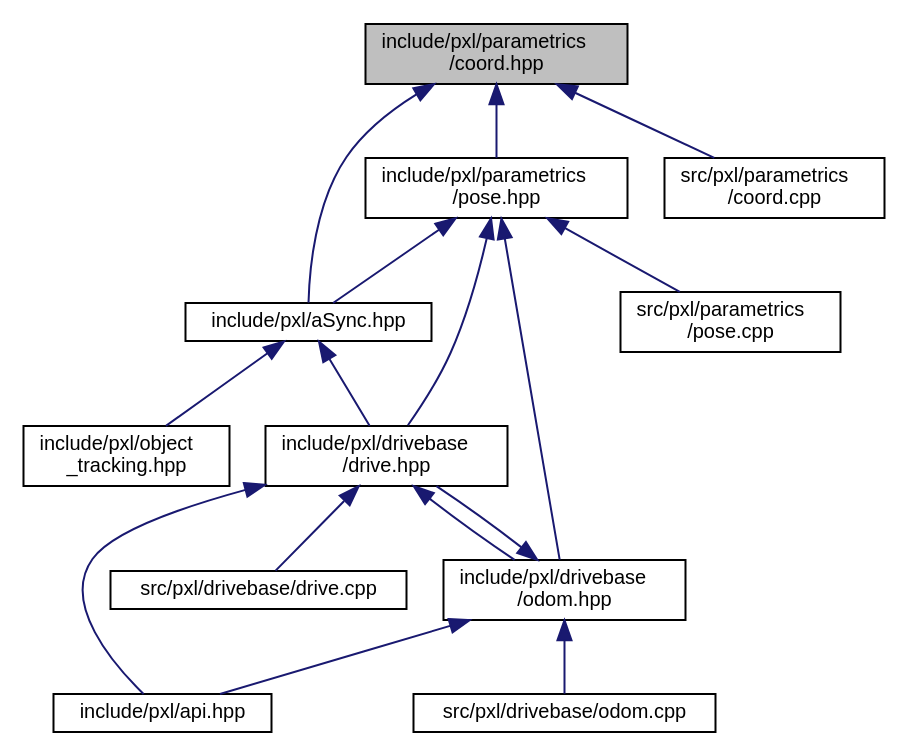
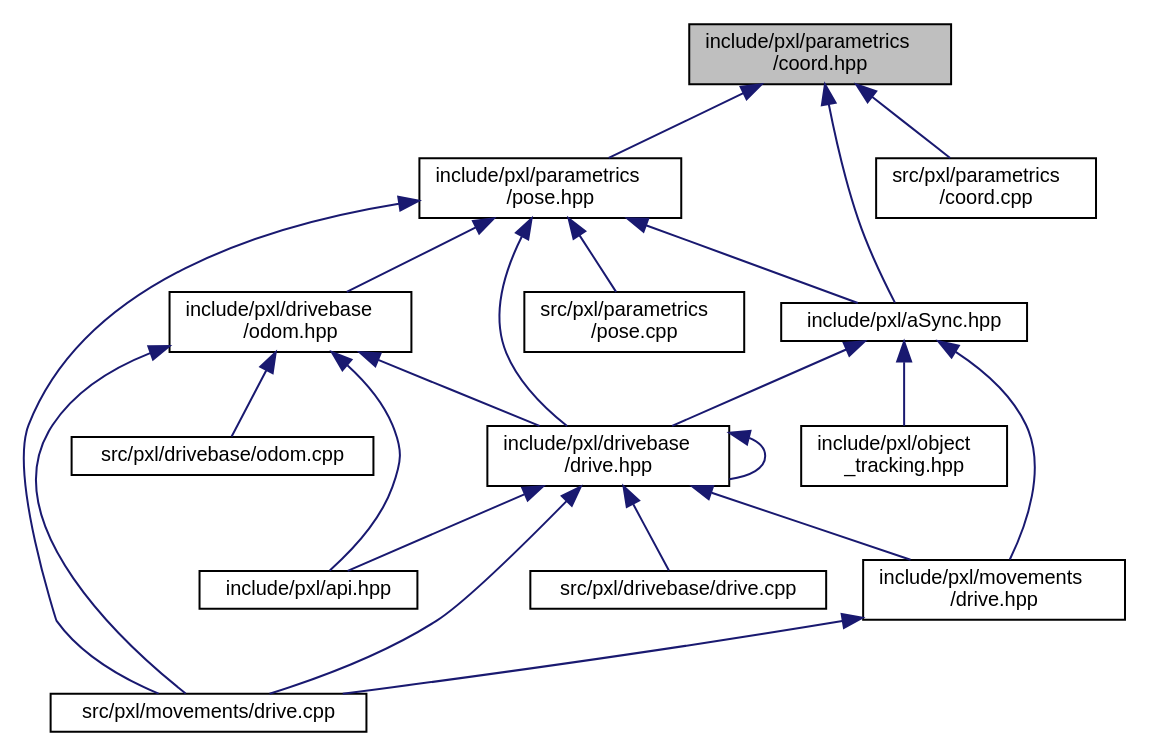
One commit to Pixel-Lib/Pixel changed the diagram in coord_8hpp__dep__incl.dot. Above: the diagram before and after it, drawn with Graphviz. The commit also changed 222 other files, not shown here.

```diff
--- a/coord_8hpp__dep__incl.dot
+++ b/coord_8hpp__dep__incl.dot
@@ -1,32 +1,40 @@
 digraph "include/pxl/parametrics/coord.hpp"
 {
  // LATEX_PDF_SIZE
   edge [fontname="Helvetica",fontsize="10",labelfontname="Helvetica",labelfontsize="10"];
   node [fontname="Helvetica",fontsize="10",shape=record];
   Node1 [label="include/pxl/parametrics\l/coord.hpp",height=0.2,width=0.4,color="black", fillcolor="grey75", style="filled", fontcolor="black",tooltip=" "];
   Node1 -> Node2 [dir="back",color="midnightblue",fontsize="10",style="solid",fontname="Helvetica"];
   Node2 [label="include/pxl/aSync.hpp",height=0.2,width=0.4,color="black", fillcolor="white", style="filled",URL="$aSync_8hpp.html",tooltip=" "];
   Node2 -> Node3 [dir="back",color="midnightblue",fontsize="10",style="solid",fontname="Helvetica"];
-  Node3 [label="include/pxl/drivebase\l/drive.hpp",height=0.2,width=0.4,color="black", fillcolor="white", style="filled",URL="$drive_8hpp.html",tooltip=" "];
+  Node3 [label="include/pxl/drivebase\l/drive.hpp",height=0.2,width=0.4,color="black", fillcolor="white", style="filled",URL="$drivebase_2drive_8hpp.html",tooltip=" "];
   Node3 -> Node4 [dir="back",color="midnightblue",fontsize="10",style="solid",fontname="Helvetica"];
   Node4 [label="include/pxl/api.hpp",height=0.2,width=0.4,color="black", fillcolor="white", style="filled",URL="$api_8hpp.html",tooltip=" "];
+  Node3 -> Node3 [dir="back",color="midnightblue",fontsize="10",style="solid",fontname="Helvetica"];
   Node3 -> Node5 [dir="back",color="midnightblue",fontsize="10",style="solid",fontname="Helvetica"];
-  Node5 [label="include/pxl/drivebase\l/odom.hpp",height=0.2,width=0.4,color="black", fillcolor="white", style="filled",URL="$odom_8hpp.html",tooltip=" "];
-  Node5 -> Node4 [dir="back",color="midnightblue",fontsize="10",style="solid",fontname="Helvetica"];
-  Node5 -> Node3 [dir="back",color="midnightblue",fontsize="10",style="solid",fontname="Helvetica"];
+  Node5 [label="include/pxl/movements\l/drive.hpp",height=0.2,width=0.4,color="black", fillcolor="white", style="filled",URL="$movements_2drive_8hpp.html",tooltip=" "];
   Node5 -> Node6 [dir="back",color="midnightblue",fontsize="10",style="solid",fontname="Helvetica"];
-  Node6 [label="src/pxl/drivebase/odom.cpp",height=0.2,width=0.4,color="black", fillcolor="white", style="filled",URL="$odom_8cpp.html",tooltip=" "];
+  Node6 [label="src/pxl/movements/drive.cpp",height=0.2,width=0.4,color="black", fillcolor="white", style="filled",URL="$movements_2drive_8cpp.html",tooltip=" "];
   Node3 -> Node7 [dir="back",color="midnightblue",fontsize="10",style="solid",fontname="Helvetica"];
-  Node7 [label="src/pxl/drivebase/drive.cpp",height=0.2,width=0.4,color="black", fillcolor="white", style="filled",URL="$drive_8cpp.html",tooltip=" "];
+  Node7 [label="src/pxl/drivebase/drive.cpp",height=0.2,width=0.4,color="black", fillcolor="white", style="filled",URL="$drivebase_2drive_8cpp.html",tooltip=" "];
+  Node3 -> Node6 [dir="back",color="midnightblue",fontsize="10",style="solid",fontname="Helvetica"];
+  Node2 -> Node5 [dir="back",color="midnightblue",fontsize="10",style="solid",fontname="Helvetica"];
   Node2 -> Node8 [dir="back",color="midnightblue",fontsize="10",style="solid",fontname="Helvetica"];
   Node8 [label="include/pxl/object\l_tracking.hpp",height=0.2,width=0.4,color="black", fillcolor="white", style="filled",URL="$object__tracking_8hpp.html",tooltip=" "];
   Node1 -> Node9 [dir="back",color="midnightblue",fontsize="10",style="solid",fontname="Helvetica"];
   Node9 [label="include/pxl/parametrics\l/pose.hpp",height=0.2,width=0.4,color="black", fillcolor="white", style="filled",URL="$pose_8hpp.html",tooltip=" "];
   Node9 -> Node2 [dir="back",color="midnightblue",fontsize="10",style="solid",fontname="Helvetica"];
   Node9 -> Node3 [dir="back",color="midnightblue",fontsize="10",style="solid",fontname="Helvetica"];
-  Node9 -> Node5 [dir="back",color="midnightblue",fontsize="10",style="solid",fontname="Helvetica"];
   Node9 -> Node10 [dir="back",color="midnightblue",fontsize="10",style="solid",fontname="Helvetica"];
-  Node10 [label="src/pxl/parametrics\l/pose.cpp",height=0.2,width=0.4,color="black", fillcolor="white", style="filled",URL="$pose_8cpp.html",tooltip=" "];
-  Node1 -> Node11 [dir="back",color="midnightblue",fontsize="10",style="solid",fontname="Helvetica"];
-  Node11 [label="src/pxl/parametrics\l/coord.cpp",height=0.2,width=0.4,color="black", fillcolor="white", style="filled",URL="$coord_8cpp.html",tooltip=" "];
+  Node10 [label="include/pxl/drivebase\l/odom.hpp",height=0.2,width=0.4,color="black", fillcolor="white", style="filled",URL="$odom_8hpp.html",tooltip=" "];
+  Node10 -> Node4 [dir="back",color="midnightblue",fontsize="10",style="solid",fontname="Helvetica"];
+  Node10 -> Node3 [dir="back",color="midnightblue",fontsize="10",style="solid",fontname="Helvetica"];
+  Node10 -> Node11 [dir="back",color="midnightblue",fontsize="10",style="solid",fontname="Helvetica"];
+  Node11 [label="src/pxl/drivebase/odom.cpp",height=0.2,width=0.4,color="black", fillcolor="white", style="filled",URL="$odom_8cpp.html",tooltip=" "];
+  Node10 -> Node6 [dir="back",color="midnightblue",fontsize="10",style="solid",fontname="Helvetica"];
+  Node9 -> Node6 [dir="back",color="midnightblue",fontsize="10",style="solid",fontname="Helvetica"];
+  Node9 -> Node12 [dir="back",color="midnightblue",fontsize="10",style="solid",fontname="Helvetica"];
+  Node12 [label="src/pxl/parametrics\l/pose.cpp",height=0.2,width=0.4,color="black", fillcolor="white", style="filled",URL="$pose_8cpp.html",tooltip=" "];
+  Node1 -> Node13 [dir="back",color="midnightblue",fontsize="10",style="solid",fontname="Helvetica"];
+  Node13 [label="src/pxl/parametrics\l/coord.cpp",height=0.2,width=0.4,color="black", fillcolor="white", style="filled",URL="$coord_8cpp.html",tooltip=" "];
 }
```
